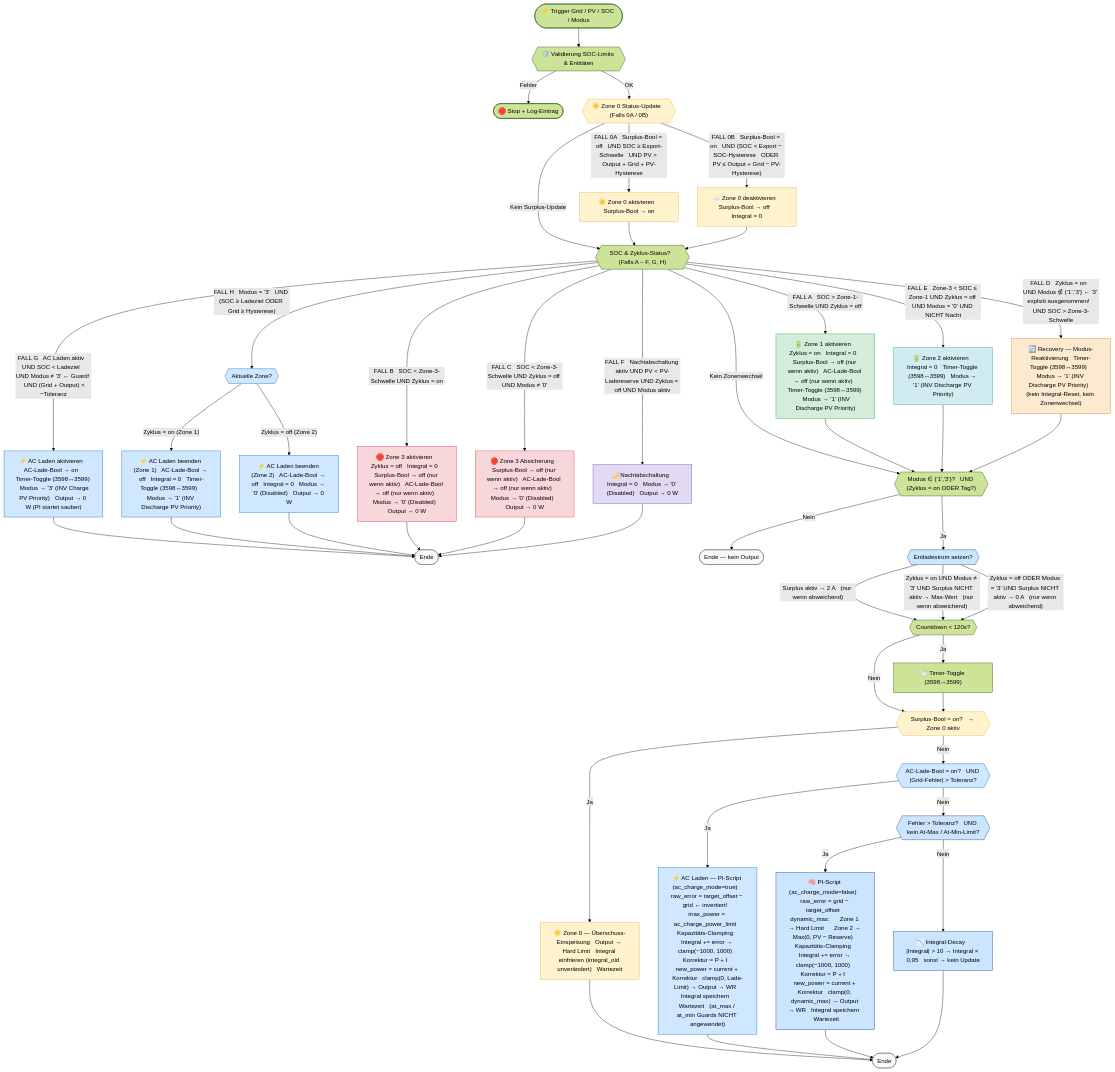
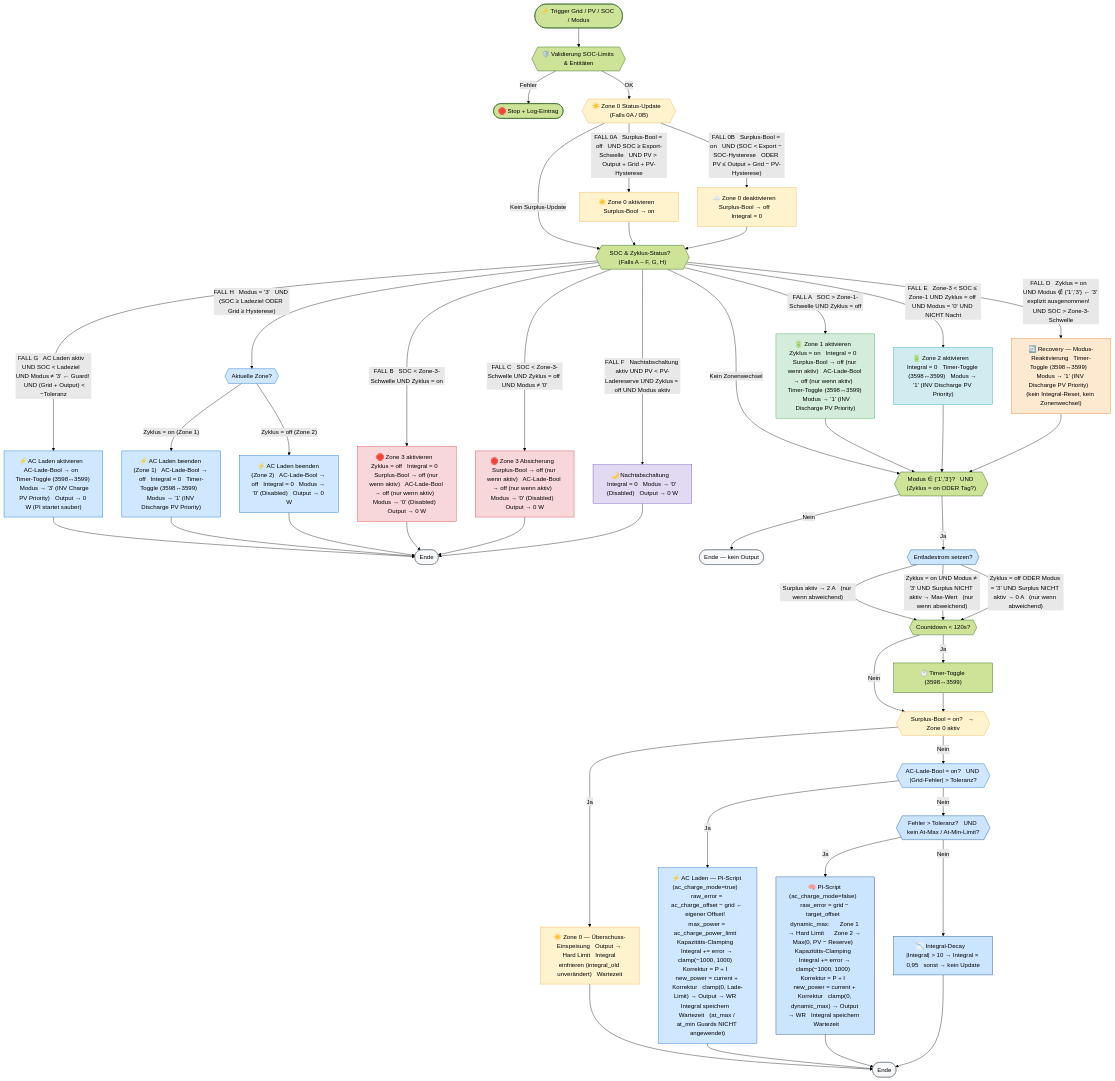
The diagram in Flowchart.md (D4nte85/Solakon-One-Nulleinspeisung-Blueprint-homeassistant), drawn with Mermaid (forest theme) before and after one commit.

```diff
--- a/Flowchart.md
+++ b/Flowchart.md
@@ -101,7 +101,7 @@
     AC_GATE -- Ja --> CALC_AC
     AC_GATE -- Nein --> NORMAL_GATE
 
-    CALC_AC["⚡ AC Laden — PI-Script (ac_charge_mode=true)   raw_error = target_offset − grid ← invertiert!   max_power = ac_charge_power_limit   Kapazitäts-Clamping   Integral += error → clamp(−1000, 1000)   Korrektur = P + I   new_power = current + Korrektur   clamp(0, Lade-Limit) → Output → WR   Integral speichern   Wartezeit   (at_max / at_min Guards NICHT angewendet)"]
+    CALC_AC["⚡ AC Laden — PI-Script (ac_charge_mode=true)   raw_error = ac_charge_offset − grid ← eigener Offset!   max_power = ac_charge_power_limit   Kapazitäts-Clamping   Integral += error → clamp(−1000, 1000)   Korrektur = P + I   new_power = current + Korrektur   clamp(0, Lade-Limit) → Output → WR   Integral speichern   Wartezeit   (at_max / at_min Guards NICHT angewendet)"]
 
     %% ── Normaler PI-Pfad ─────────────────────────────────────────────────
     NORMAL_GATE{{"Fehler > Toleranz?   UND kein At-Max / At-Min-Limit?"}}
```
